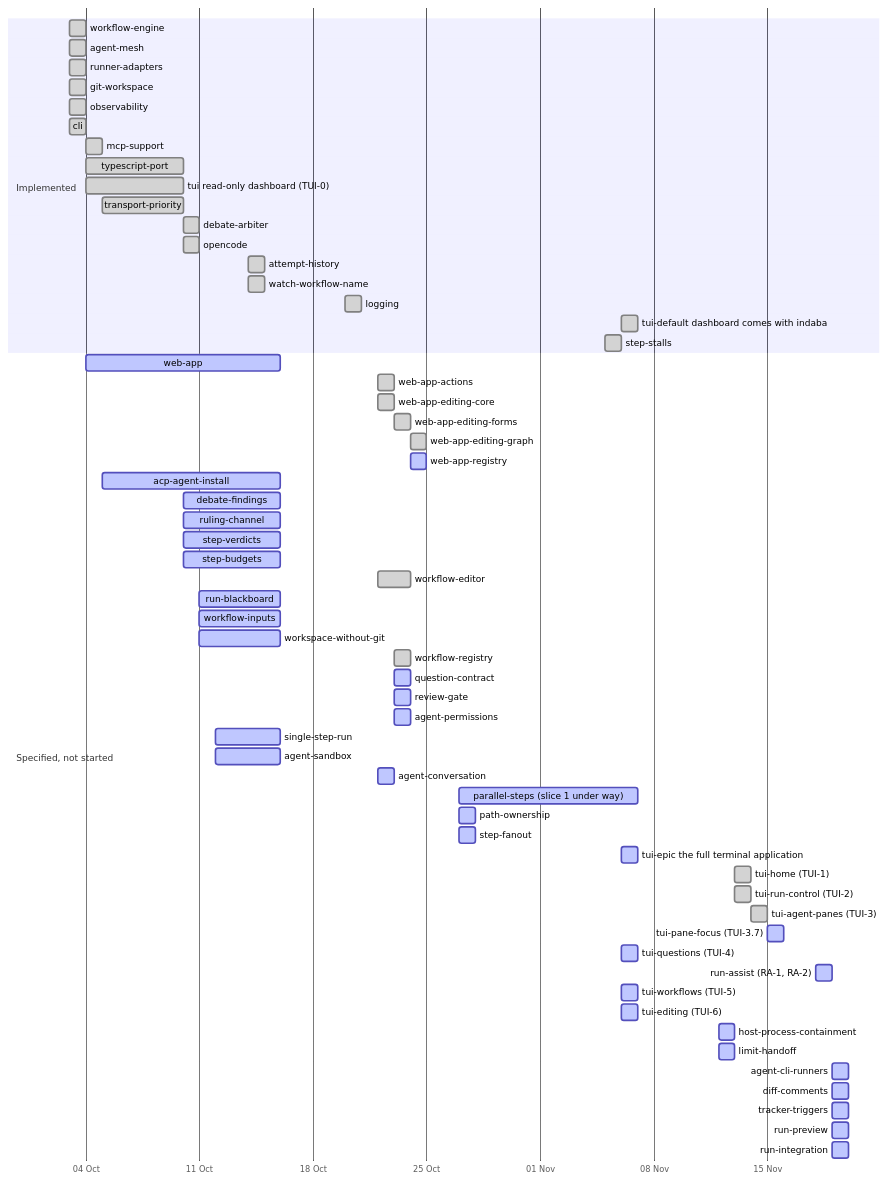
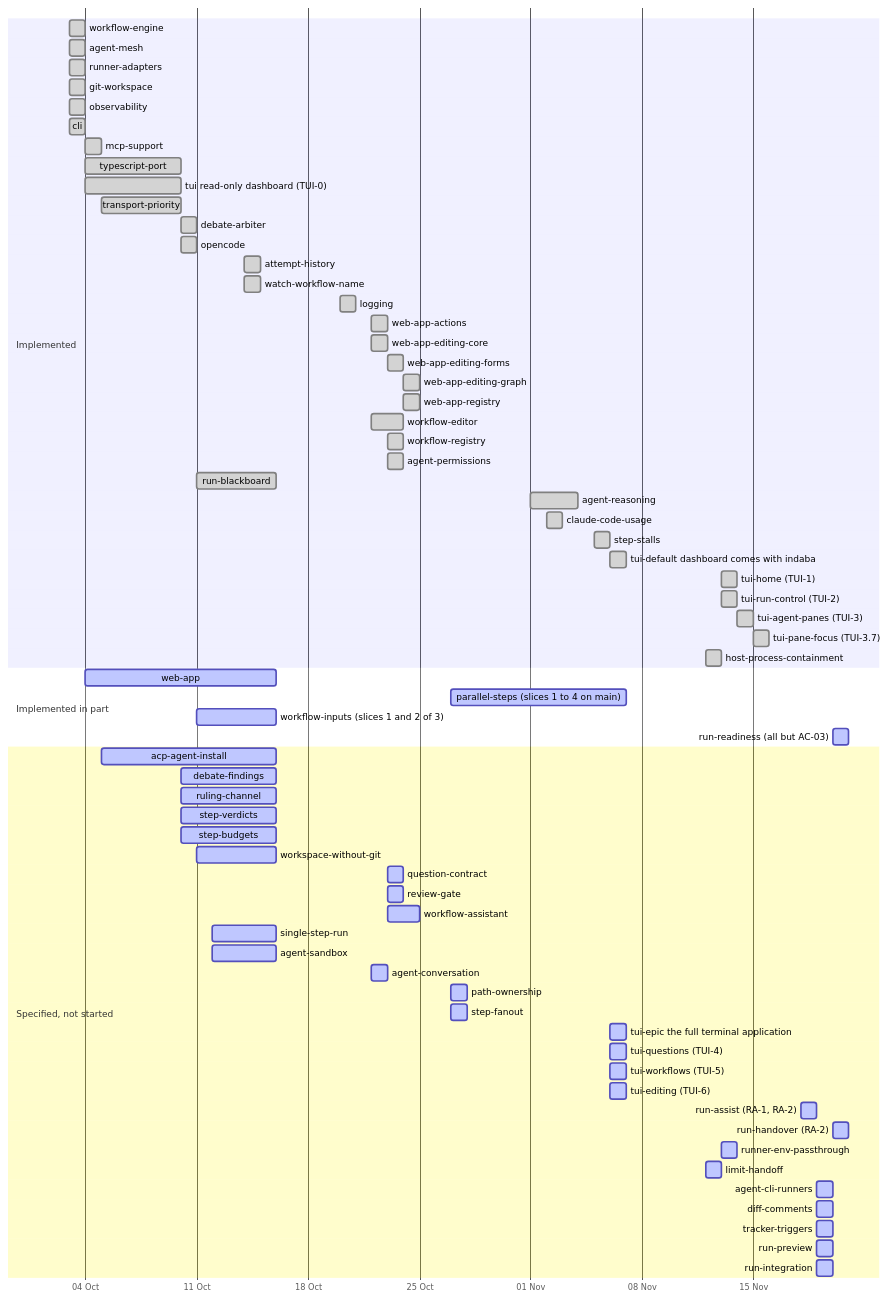
One commit to yaotzin1/indaba changed the second of 5 diagrams in specs/DEPENDENCY_MAP.md. Above: the diagram before and after it, drawn with Mermaid. The commit also changed other lines of this file, not shown here.

First line of the commit message:
docs(specs): bring the dependency map up to date with main (#169)

````diff
--- a/specs/DEPENDENCY_MAP.md
+++ b/specs/DEPENDENCY_MAP.md
@@ -71,65 +73,72 @@
 ```mermaid
 gantt
     dateFormat YYYY-MM-DD
     axisFormat %d %b
     section Implemented
     workflow-engine        :done, 2026-10-03, 2026-10-04
     agent-mesh             :done, 2026-10-03, 2026-10-04
     runner-adapters        :done, 2026-10-03, 2026-10-04
     git-workspace          :done, 2026-10-03, 2026-10-04
     observability          :done, 2026-10-03, 2026-10-04
     cli                    :done, 2026-10-03, 2026-10-04
     mcp-support            :done, 2026-10-04, 1d
     typescript-port        :done, 2026-10-04, 2026-10-10
     tui read-only dashboard (TUI-0) :done, 2026-10-04, 2026-10-10
     transport-priority     :done, 2026-10-05, 2026-10-10
     debate-arbiter         :done, 2026-10-10, 1d
     opencode               :done, 2026-10-10, 1d
     attempt-history        :done, 2026-10-14, 1d
     watch-workflow-name    :done, 2026-10-14, 1d
     logging                :done, 2026-10-20, 2026-10-21
-    tui-default dashboard comes with indaba :done, 2026-11-06, 1d
-    step-stalls            :done, 2026-11-05, 2026-11-06
-    section Specified, not started
-    web-app                :active, 2026-10-04, 2026-10-16
     web-app-actions        :done, 2026-10-22, 1d
     web-app-editing-core   :done, 2026-10-22, 1d
     web-app-editing-forms  :done, 2026-10-23, 1d
     web-app-editing-graph  :done, 2026-10-24, 1d
-    web-app-registry       :active, 2026-10-24, 1d
+    web-app-registry       :done, 2026-10-24, 1d
+    workflow-editor        :done, 2026-10-22, 2d
+    workflow-registry      :done, 2026-10-23, 1d
+    agent-permissions      :done, 2026-10-23, 2026-10-24
+    run-blackboard         :done, 2026-10-11, 2026-10-16
+    agent-reasoning        :done, 2026-11-01, 2026-11-04
+    claude-code-usage      :done, 2026-11-02, 1d
+    step-stalls            :done, 2026-11-05, 2026-11-06
+    tui-default dashboard comes with indaba :done, 2026-11-06, 1d
+    tui-home (TUI-1)       :done, 2026-11-13, 1d
+    tui-run-control (TUI-2) :done, 2026-11-13, 1d
+    tui-agent-panes (TUI-3) :done, 2026-11-14, 1d
+    tui-pane-focus (TUI-3.7) :done, 2026-11-15, 1d
+    host-process-containment :done, 2026-11-12, 1d
+    section Implemented in part
+    web-app                :active, 2026-10-04, 2026-10-16
+    parallel-steps (slices 1 to 4 on main) :active, 2026-10-27, 2026-11-07
+    workflow-inputs (slices 1 and 2 of 3) :active, 2026-10-11, 2026-10-16
+    run-readiness (all but AC-03) :active, 2026-11-20, 1d
+    section Specified, not started
     acp-agent-install      :active, 2026-10-05, 2026-10-16
     debate-findings        :active, 2026-10-10, 2026-10-16
     ruling-channel         :active, 2026-10-10, 2026-10-16
     step-verdicts          :active, 2026-10-10, 2026-10-16
     step-budgets           :active, 2026-10-10, 2026-10-16
-    workflow-editor        :done, 2026-10-22, 2d
-    run-blackboard         :active, 2026-10-11, 2026-10-16
-    workflow-inputs        :active, 2026-10-11, 2026-10-16
     workspace-without-git  :active, 2026-10-11, 2026-10-16
-    workflow-registry      :done, 2026-10-23, 1d
     question-contract      :active, 2026-10-23, 2026-10-24
     review-gate            :active, 2026-10-23, 2026-10-24
-    agent-permissions      :active, 2026-10-23, 2026-10-24
+    workflow-assistant     :active, 2026-10-23, 2026-10-25
     single-step-run        :active, 2026-10-12, 2026-10-16
     agent-sandbox          :active, 2026-10-12, 2026-10-16
     agent-conversation     :active, 2026-10-22, 2026-10-23
-    parallel-steps (slice 1 under way) :active, 2026-10-27, 2026-11-07
     path-ownership         :active, 2026-10-27, 1d
     step-fanout            :active, 2026-10-27, 1d
     tui-epic the full terminal application :active, 2026-11-06, 1d
-    tui-home (TUI-1)       :done, 2026-11-13, 1d
-    tui-run-control (TUI-2) :done, 2026-11-13, 1d
-    tui-agent-panes (TUI-3) :done, 2026-11-14, 1d
-    tui-pane-focus (TUI-3.7) :active, 2026-11-15, 1d
     tui-questions (TUI-4)  :active, 2026-11-06, 1d
-    run-assist (RA-1, RA-2) :active, 2026-11-18, 1d
     tui-workflows (TUI-5)  :active, 2026-11-06, 1d
     tui-editing (TUI-6)    :active, 2026-11-06, 1d
-    host-process-containment :active, 2026-11-12, 1d
+    run-assist (RA-1, RA-2) :active, 2026-11-18, 1d
+    run-handover (RA-2)    :active, 2026-11-20, 1d
+    runner-env-passthrough :active, 2026-11-13, 1d
     limit-handoff            :active, 2026-11-12, 1d
     agent-cli-runners        :active, 2026-11-19, 1d
     diff-comments            :active, 2026-11-19, 1d
     tracker-triggers         :active, 2026-11-19, 1d
     run-preview              :active, 2026-11-19, 1d
     run-integration          :active, 2026-11-19, 1d
 ```
````
